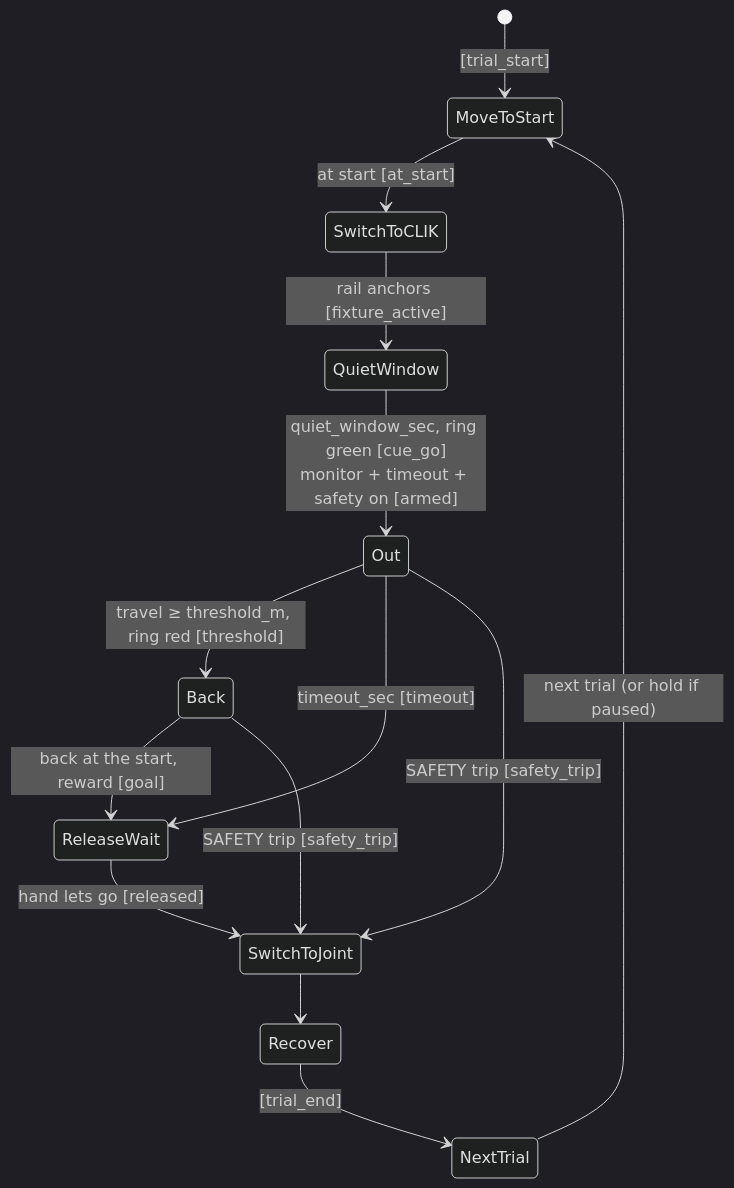
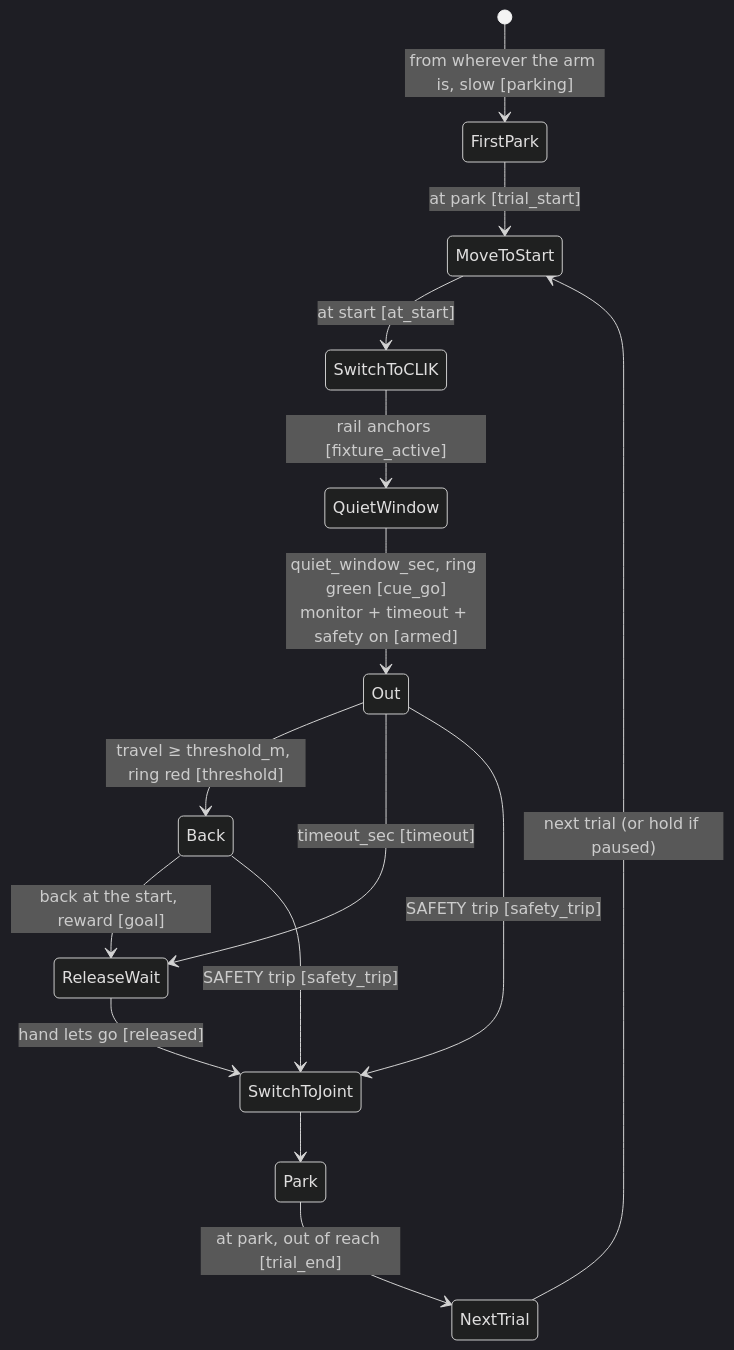
The ninth of 10 diagrams in README.md (sinthlab/sinthlab-kuka-stack), drawn with Mermaid (dark theme) before and after one commit. The commit also changed other lines of this file and 25 other files, not shown here.

Commit message:
move to park position between trials

````diff
--- a/README.md
+++ b/README.md
@@ -1671,16 +1722,17 @@
 ```mermaid
 stateDiagram-v2
-    [*] --> MoveToStart : [trial_start]
+    [*] --> FirstPark : from wherever the arm is, slow [parking]
+    FirstPark --> MoveToStart : at park [trial_start]
     MoveToStart --> SwitchToCLIK : at start [at_start]
     SwitchToCLIK --> QuietWindow : rail anchors [fixture_active]
     QuietWindow --> Out : quiet_window_sec, ring green [cue_go]<br/>monitor + timeout + safety on [armed]
     Out --> Back : travel ≥ threshold_m, ring red [threshold]
     Back --> ReleaseWait : back at the start, reward [goal]
     Out --> ReleaseWait : timeout_sec [timeout]
     ReleaseWait --> SwitchToJoint : hand lets go [released]
     Out --> SwitchToJoint : SAFETY trip [safety_trip]
     Back --> SwitchToJoint : SAFETY trip [safety_trip]
-    SwitchToJoint --> Recover
-    Recover --> NextTrial : [trial_end]
+    SwitchToJoint --> Park
+    Park --> NextTrial : at park, out of reach [trial_end]
     NextTrial --> MoveToStart : next trial (or hold if paused)
 ```
````
